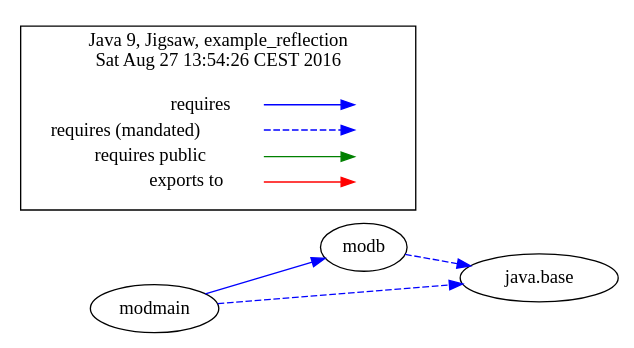
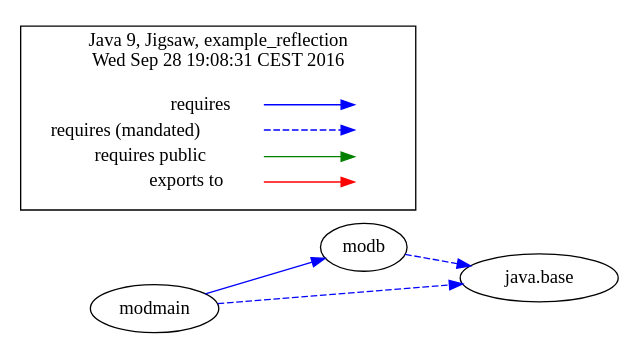
One commit to accso/java9-jigsaw-examples changed the diagram in jigsaw-examples/example_reflection/moduledependencies-withlegend.dot. Above: the diagram before and after it, drawn with Graphviz. The commit also changed 117 other files, not shown here.

```diff
--- a/jigsaw-examples/example_reflection/moduledependencies-withlegend.dot
+++ b/jigsaw-examples/example_reflection/moduledependencies-withlegend.dot
@@ -1,32 +1,32 @@
-# Created by depvis.JigsawDepVisualizer on Sat Aug 27 13:54:26 CEST 2016
+# Created by depvis.JigsawDepVisualizer on Wed Sep 28 19:08:31 CEST 2016
 digraph Java9_Dependency_Visualizer {
 modb[fontname="Consolas",shape="ellipse",label="modb"];
 java_base[fontname="Consolas",shape="ellipse",label="java.base"];
 modmain[fontname="Consolas",shape="ellipse",label="modmain"];
 modb -> java_base[color="#0000ff",fontname="Consolas",fontcolor="#0000ff",style="dashed",weight="16"]
 modmain -> modb[color="#0000ff",fontname="Consolas",fontcolor="#0000ff",weight="8"]
 modmain -> java_base[color="#0000ff",fontname="Consolas",fontcolor="#0000ff",style="dashed",weight="16"]
 rankdir=LR
 node [shape=plaintext]
 subgraph cluster_01 { 
   label = "Java 9, Jigsaw, example_reflection
-Sat Aug 27 13:54:26 CEST 2016"
+Wed Sep 28 19:08:31 CEST 2016"
   fontname="Consolas"
   key [label=<<table border="0" cellpadding="2" cellspacing="0" cellborder="0">
     <tr><td align="right" port="i1">requires</td></tr>
     <tr><td align="right" port="i2">requires (mandated)</td></tr>
     <tr><td align="right" port="i3">requires public</td></tr>
     <tr><td align="right" port="i4">exports to</td></tr>
     </table>>,fontname="Consolas"]
   key2 [label=<<table border="0" cellpadding="2" cellspacing="0" cellborder="0">
     <tr><td port="i1">&nbsp;</td></tr>
     <tr><td port="i2">&nbsp;</td></tr>
     <tr><td port="i3">&nbsp;</td></tr>
     <tr><td port="i4">&nbsp;</td></tr>
     </table>>,fontname="Consolas"]
   key:i1:e -> key2:i1:w [color=BLUE]
   key:i2:e -> key2:i2:w [color=BLUE, style=dashed]
   key:i3:e -> key2:i3:w [color=GREEN]
   key:i4:e -> key2:i4:w [color=RED]
 }
 }
```
